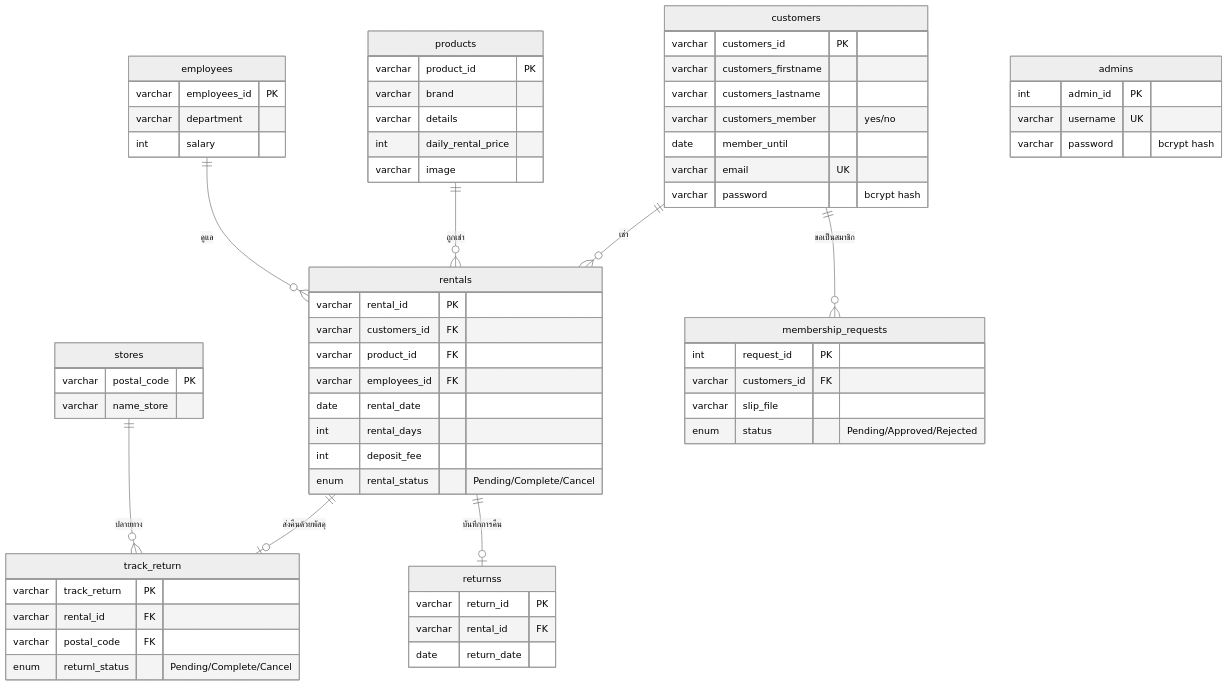
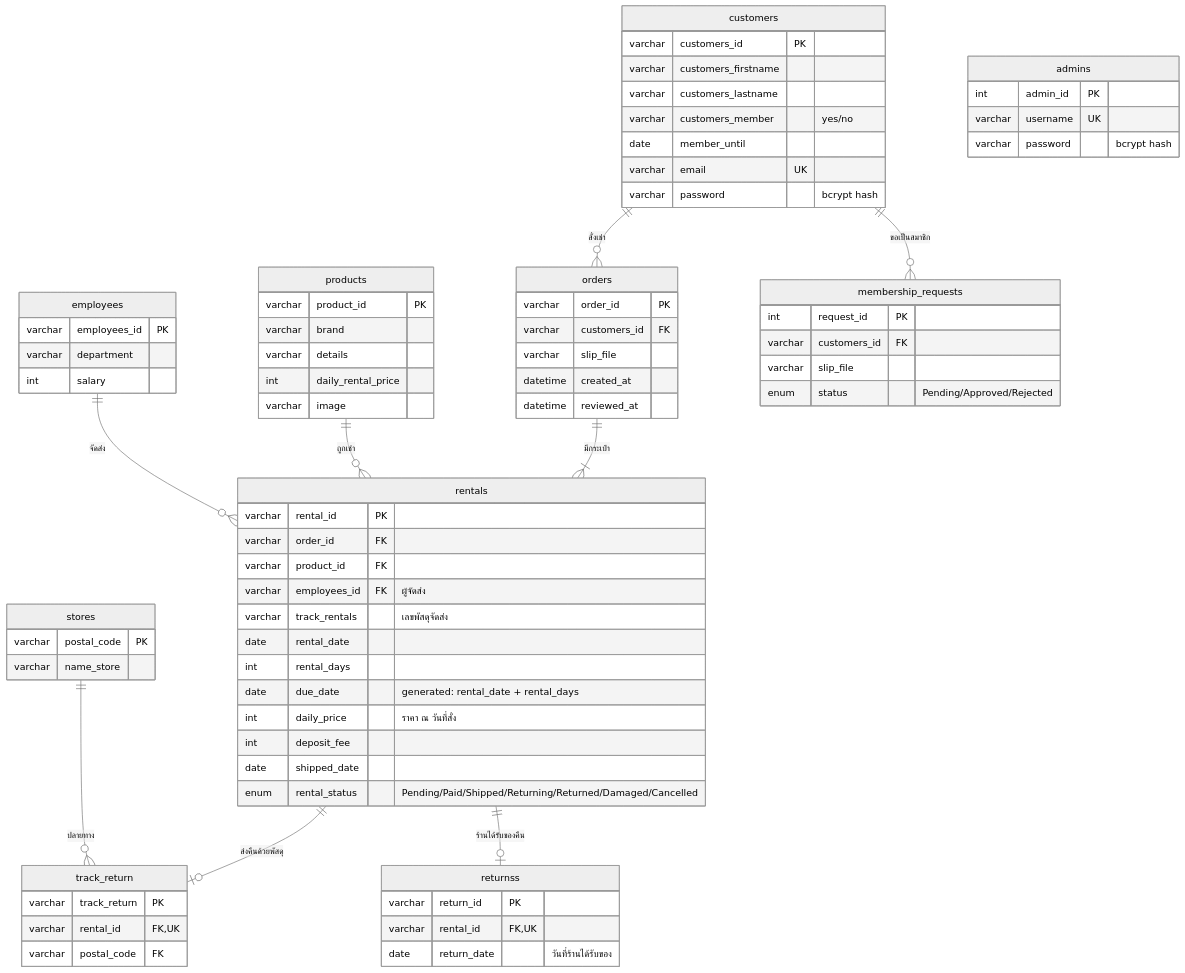
The second of 2 diagrams in README.md (sawettamaln-s/The-Brandname-Rental), drawn with Mermaid (neutral theme) before and after one commit. The commit also changed other lines of this file and 19 other files, not shown here.

First line of the commit message:
Stop double bookings and track each rental from slip to return (round 4)

````diff
--- a/README.md
+++ b/README.md
@@ -45,68 +67,79 @@
 ```mermaid
 erDiagram
-    customers ||--o{ rentals : "เช่า"
+    customers ||--o{ orders : "สั่งเช่า"
+    orders    ||--|{ rentals : "มีกระเป๋า"
     products  ||--o{ rentals : "ถูกเช่า"
-    employees ||--o{ rentals : "ดูแล"
+    employees ||--o{ rentals : "จัดส่ง"
     rentals   ||--o| track_return : "ส่งคืนด้วยพัสดุ"
-    rentals   ||--o| returnss : "บันทึกการคืน"
+    rentals   ||--o| returnss : "ร้านได้รับของคืน"
     stores    ||--o{ track_return : "ปลายทาง"
     customers ||--o{ membership_requests : "ขอเป็นสมาชิก"
 
     customers {
         varchar customers_id PK
         varchar customers_firstname
         varchar customers_lastname
         varchar customers_member "yes/no"
         date member_until
         varchar email UK
         varchar password "bcrypt hash"
+    }
+    orders {
+        varchar order_id PK
+        varchar customers_id FK
+        varchar slip_file
+        datetime created_at
+        datetime reviewed_at
     }
     products {
         varchar product_id PK
         varchar brand
         varchar details
         int daily_rental_price
         varchar image
     }
     employees {
         varchar employees_id PK
         varchar department
         int salary
     }
     rentals {
         varchar rental_id PK
-        varchar customers_id FK
+        varchar order_id FK
         varchar product_id FK
-        varchar employees_id FK
+        varchar employees_id FK "ผู้จัดส่ง"
+        varchar track_rentals "เลขพัสดุจัดส่ง"
         date rental_date
         int rental_days
+        date due_date "generated: rental_date + rental_days"
+        int daily_price "ราคา ณ วันที่สั่ง"
         int deposit_fee
-        enum rental_status "Pending/Complete/Cancel"
+        date shipped_date
+        enum rental_status "Pending/Paid/Shipped/Returning/Returned/Damaged/Cancelled"
     }
     track_return {
         varchar track_return PK
-        varchar rental_id FK
+        varchar rental_id FK,UK
         varchar postal_code FK
-        enum returnl_status "Pending/Complete/Cancel"
     }
     returnss {
         varchar return_id PK
-        varchar rental_id FK
-        date return_date
+        varchar rental_id FK,UK
+        date return_date "วันที่ร้านได้รับของ"
     }
     stores {
         varchar postal_code PK
         varchar name_store
     }
     membership_requests {
         int request_id PK
         varchar customers_id FK
         varchar slip_file
         enum status "Pending/Approved/Rejected"
     }
     admins {
         int admin_id PK
         varchar username UK
         varchar password "bcrypt hash"
     }
 ```
````
